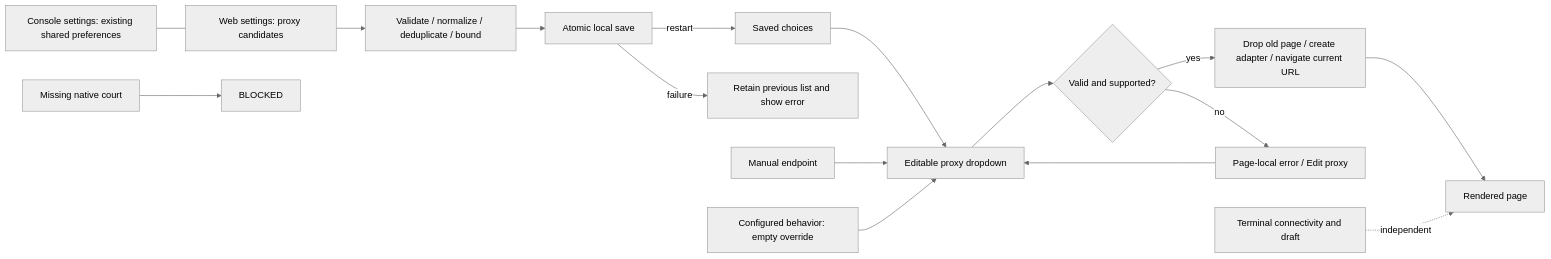
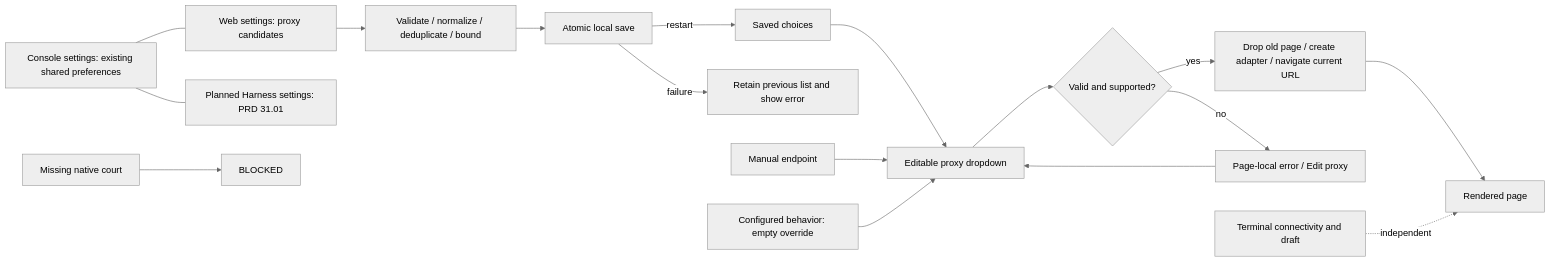
The diagram in prd/PRD_02_25_01_browser_preferences.md (partnernetsoftware/minicon), drawn with Mermaid (neutral theme) before and after one commit. The commit also changed other lines of this file and 65 other files, not shown here.

````diff
--- a/prd/PRD_02_25_01_browser_preferences.md
+++ b/prd/PRD_02_25_01_browser_preferences.md
@@ -43,18 +48,19 @@
 ```mermaid
 flowchart LR
     C[Console settings: existing shared preferences] --- W[Web settings: proxy candidates]
+    C --- H[Planned Harness settings: PRD 31.01]
     W --> V[Validate / normalize / deduplicate / bound]
     V --> S[Atomic local save]
     S -->|restart| L[Saved choices]
     S -->|failure| OLD[Retain previous list and show error]
     L --> D[Editable proxy dropdown]
     M[Manual endpoint] --> D
     B[Configured behavior: empty override] --> D
     D --> G{Valid and supported?}
     G -->|yes| R[Drop old page / create adapter / navigate current URL]
     G -->|no| E[Page-local error / Edit proxy]
     E --> D
     R --> P[Rendered page]
     T[Terminal connectivity and draft] -. independent .-> P
     X[Missing native court] --> K[BLOCKED]
 ```
````
